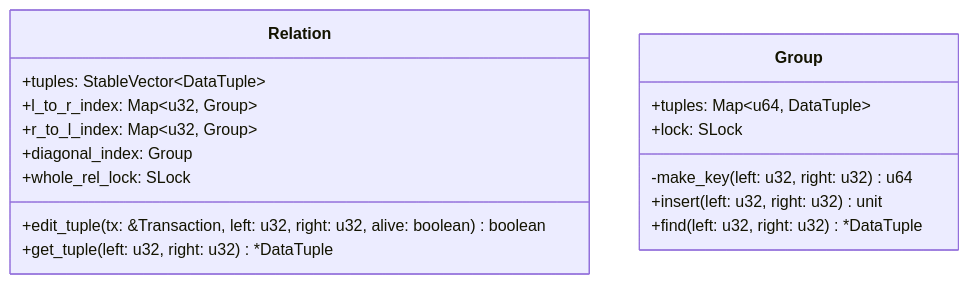
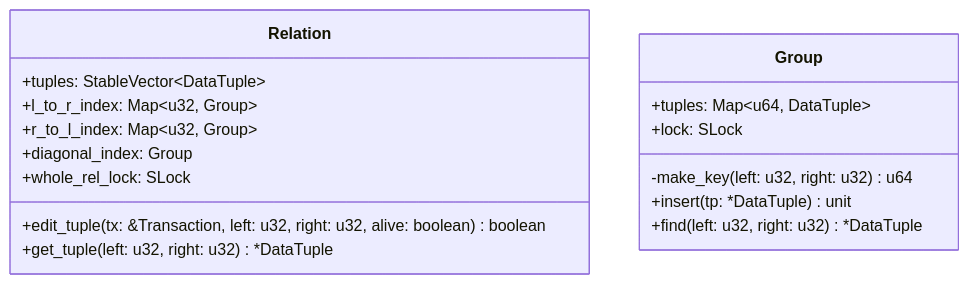
One commit to BrandonTang89/databases_project changed the diagram in docs/img/group_relation.mermaid. Above: the diagram before and after it, drawn with Mermaid. The commit also changed 4 other files, not shown here.

```diff
--- a/docs/img/group_relation.mermaid
+++ b/docs/img/group_relation.mermaid
@@ -1,20 +1,20 @@
 classDiagram
 
     class Relation{
       +tuples: StableVector~DataTuple~
       +l_to_r_index: Map~u32, Group~
       +r_to_l_index: Map~u32, Group~
       +diagonal_index: Group
       +whole_rel_lock: SLock
 
       +edit_tuple(tx: &Transaction, left: u32, right: u32, alive: boolean) boolean
       +get_tuple(left: u32, right: u32) *DataTuple
     }
     class Group{
       +tuples: Map~u64, DataTuple~
       +lock: SLock
 
       -make_key(left: u32, right: u32) u64
-      +insert(left: u32, right: u32) unit
+      +insert(tp: *DataTuple) unit
       +find(left: u32, right: u32) *DataTuple
     }
```
